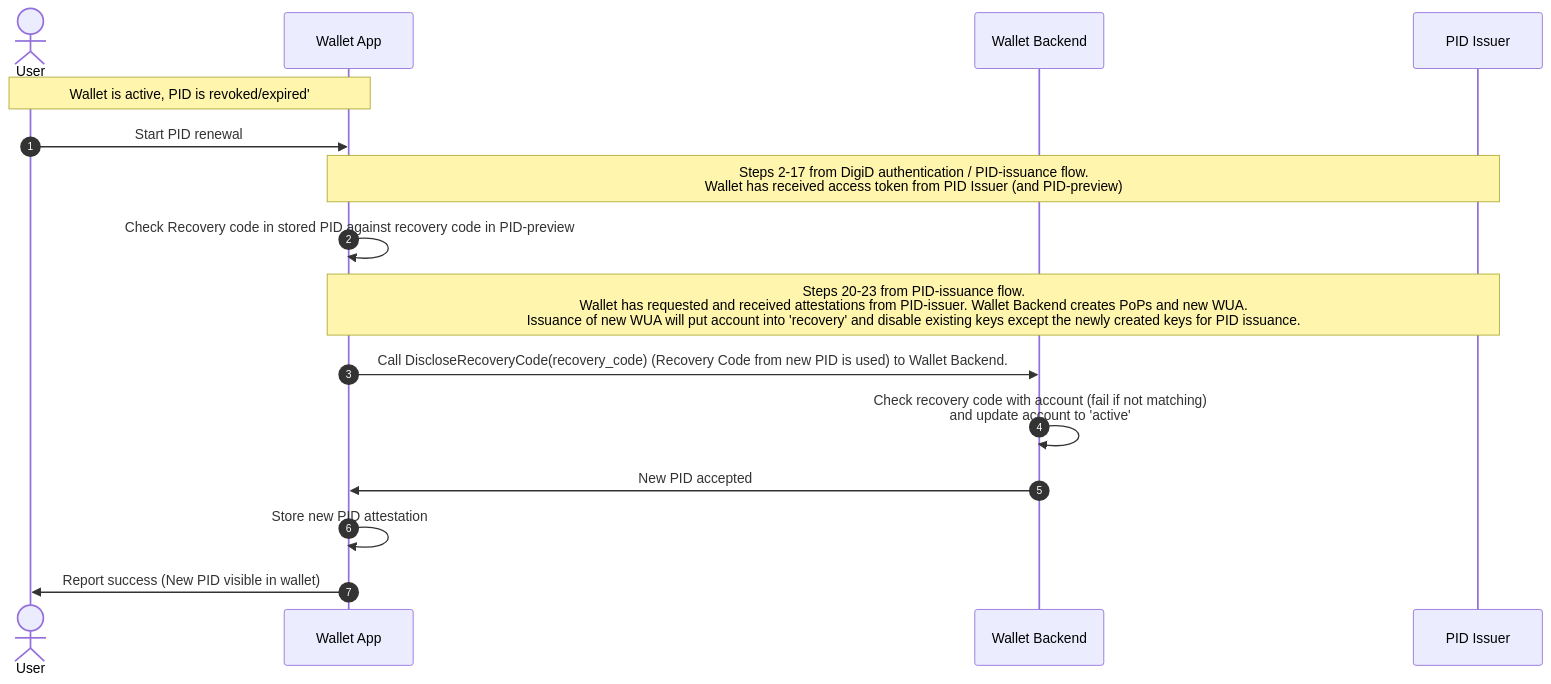
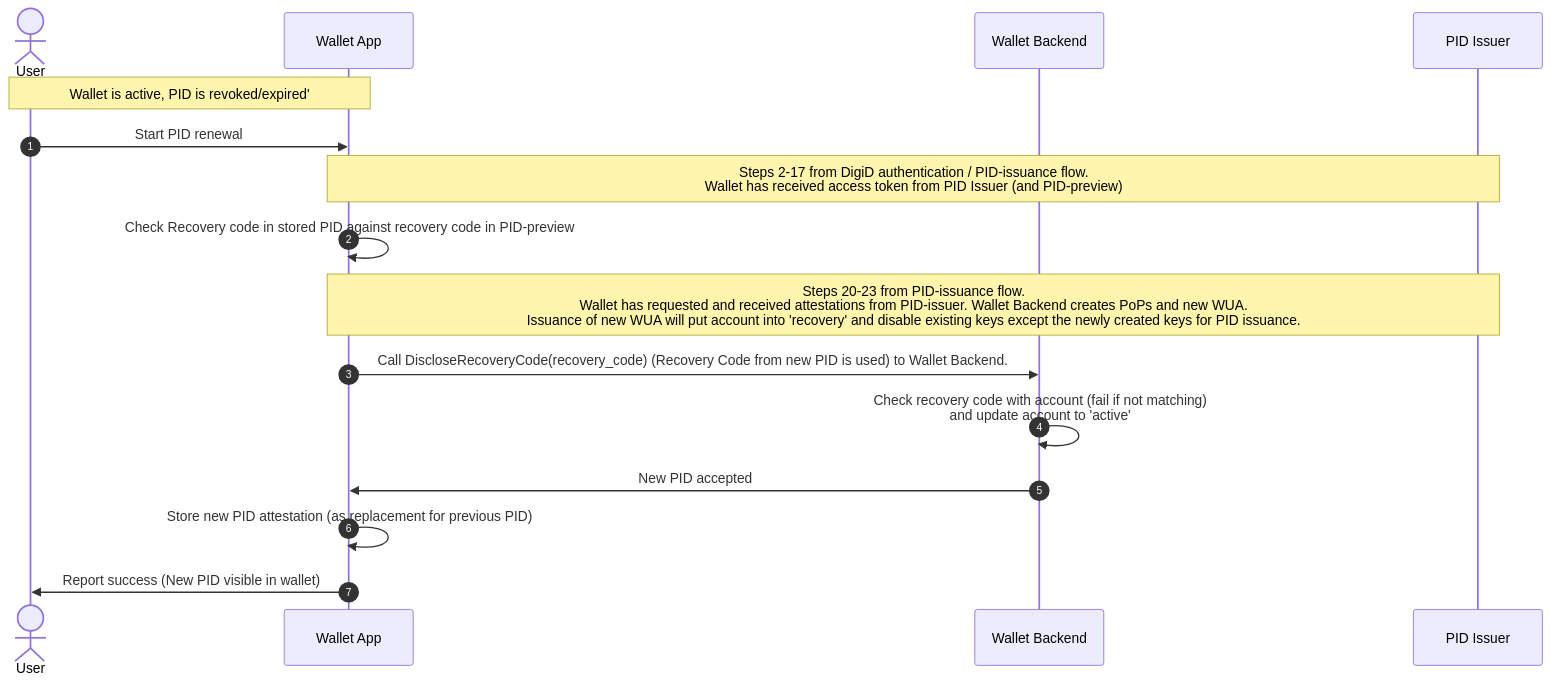
One commit to MinBZK/nl-wallet changed the third of 3 diagrams in wallet_docs/architecture/use-cases/recovery_usecases.md. Above: the diagram before and after it, drawn with Mermaid. The commit also changed other lines of this file, not shown here.

Commit message:
updated flows according to feedback from review

````diff
--- a/wallet_docs/architecture/use-cases/recovery_usecases.md
+++ b/wallet_docs/architecture/use-cases/recovery_usecases.md
@@ -161,19 +163,19 @@
 ```{mermaid}
 sequenceDiagram
     autonumber
     actor User as User
     participant Wallet as Wallet App
     participant WP as Wallet Backend
     participant PID as PID Issuer
     
     note over User, Wallet: Wallet is active, PID is revoked/expired' 
     User ->> Wallet : Start PID renewal
     note over Wallet, PID:Steps 2-17 from DigiD authentication / PID-issuance flow. <br/> Wallet has received access token from PID Issuer (and PID-preview)
     Wallet ->> Wallet: Check Recovery code in stored PID against recovery code in PID-preview    
     note over Wallet, PID: Steps 20-23 from PID-issuance flow. <br/> Wallet has requested and received attestations from PID-issuer. Wallet Backend creates PoPs and new WUA. <br/>Issuance of new WUA will put account into 'recovery' and disable existing keys except the newly created keys for PID issuance.
     Wallet ->> WP: Call DiscloseRecoveryCode(recovery_code) (Recovery Code from new PID is used) to Wallet Backend.
     WP ->> WP: Check recovery code with account (fail if not matching) <br/> and update account to 'active'
     WP ->> Wallet: New PID accepted
-    Wallet ->> Wallet: Store new PID attestation
+    Wallet ->> Wallet: Store new PID attestation (as replacement for previous PID)
     Wallet ->> User: Report success (New PID visible in wallet)
 ```
````
